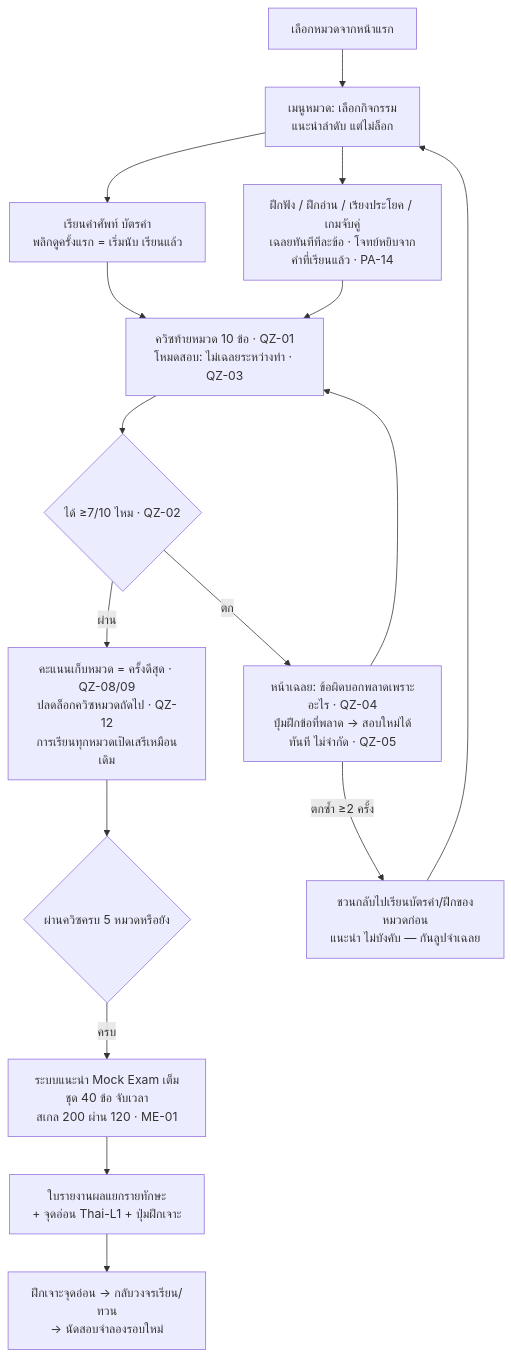
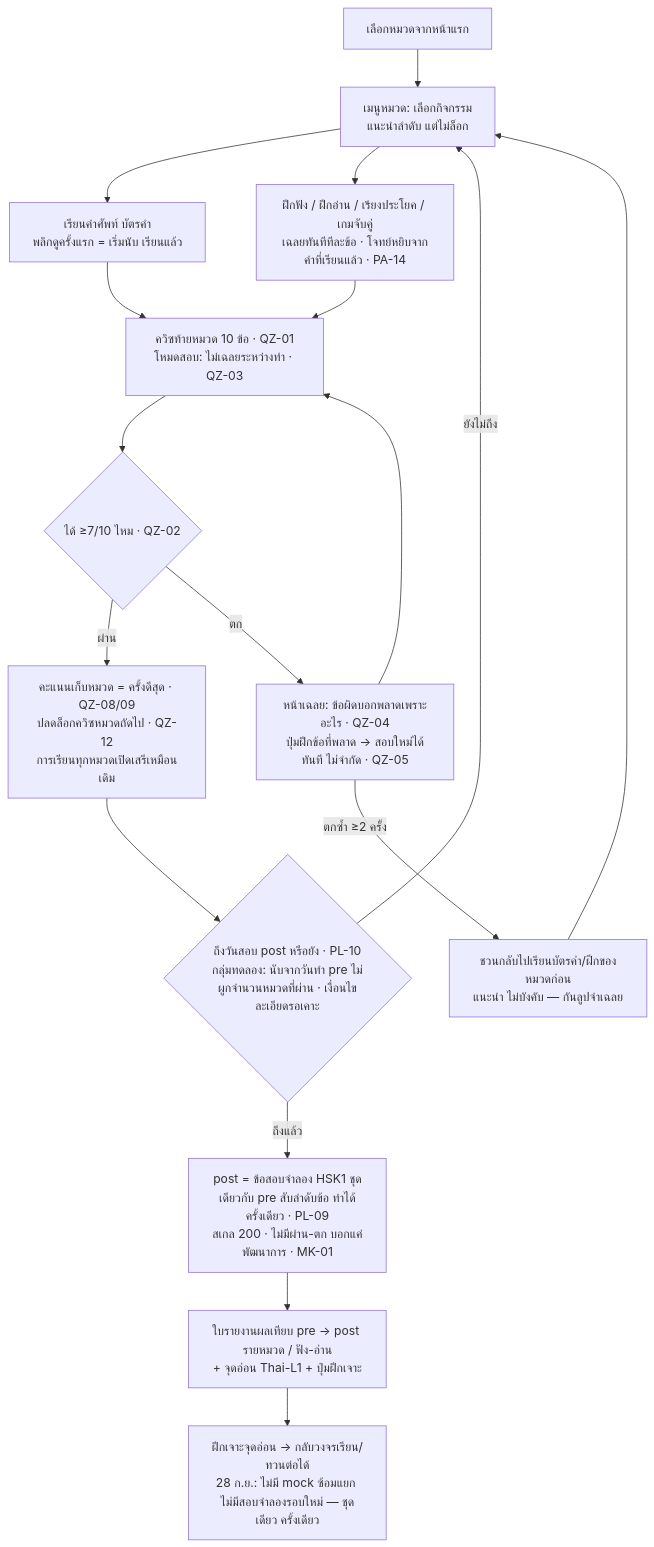
Before and after one commit to barbon441/Intelligent-Chinese-Tutoring-System-for-Thai-Learners: the third of 6 diagrams in docs/08_สเปค-พัฒนา/โฟลว์ผู้ใช้-สิทธิ์แอดมิน.md, drawn with Mermaid. The commit also changed 1 other file, not shown here.

Commit message:
บันทึก 28 ก.ย.: บอลซ้อมเดิน ER ครบ 6 ขั้น (กฎตารางกลาง · แบ่งงาน AI ตาม BK-08 · ถอนคอลัมน์ cache 3 ตัว · แก้คำอธิบายควิซ/items↔words) + รายการการบ้านอาจารย์ที่ยังค้าง 6 ข้อ (paper จาก template · 3 ประเด็นภาษาศาสตร์ · ผู้ทดสอบ · พูด · PL-10 · mastery) · โฟลว์ §3.3 ตัด mock รอบใหม่ → post ครั้งเดียว

````diff
--- a/docs/08_สเปค-พัฒนา/โฟลว์ผู้ใช้-สิทธิ์แอดมิน.md
+++ b/docs/08_สเปค-พัฒนา/โฟลว์ผู้ใช้-สิทธิ์แอดมิน.md
@@ -97,18 +97,19 @@
 ```mermaid
 flowchart TD
     A[เลือกหมวดจากหน้าแรก] --> B[เมนูหมวด: เลือกกิจกรรม<br/>แนะนำลำดับ แต่ไม่ล็อก]
     B --> C[เรียนคำศัพท์ บัตรคำ<br/>พลิกดูครั้งแรก = เริ่มนับ เรียนแล้ว]
     B --> D[ฝึกฟัง / ฝึกอ่าน / เรียงประโยค / เกมจับคู่<br/>เฉลยทันทีทีละข้อ · โจทย์หยิบจากคำที่เรียนแล้ว · PA-14]
     C --> E[ควิซท้ายหมวด 10 ข้อ · QZ-01<br/>โหมดสอบ: ไม่เฉลยระหว่างทำ · QZ-03]
     D --> E
     E --> F{ได้ ≥7/10 ไหม · QZ-02}
     F -- ผ่าน --> G[คะแนนเก็บหมวด = ครั้งดีสุด · QZ-08/09<br/>ปลดล็อกควิซหมวดถัดไป · QZ-12<br/>การเรียนทุกหมวดเปิดเสรีเหมือนเดิม]
     F -- ตก --> H[หน้าเฉลย: ข้อผิดบอกพลาดเพราะอะไร · QZ-04<br/>ปุ่มฝึกข้อที่พลาด → สอบใหม่ได้ทันที ไม่จำกัด · QZ-05]
     H -- ตกซ้ำ ≥2 ครั้ง --> H2[ชวนกลับไปเรียนบัตรคำ/ฝึกของหมวดก่อน<br/>แนะนำ ไม่บังคับ — กันลูปจำเฉลย]
     H --> E
     H2 --> B
-    G --> I{ผ่านควิซครบ 5 หมวดหรือยัง}
-    I -- ครบ --> J[ระบบแนะนำ Mock Exam เต็มชุด 40 ข้อ จับเวลา<br/>สเกล 200 ผ่าน 120 · ME-01]
-    J --> K[ใบรายงานผลแยกรายทักษะ<br/>+ จุดอ่อน Thai-L1 + ปุ่มฝึกเจาะ]
-    K --> L[ฝึกเจาะจุดอ่อน → กลับวงจรเรียน/ทวน<br/>→ นัดสอบจำลองรอบใหม่]
+    G --> I{ถึงวันสอบ post หรือยัง · PL-10<br/>กลุ่มทดลอง: นับจากวันทำ pre ไม่ผูกจำนวนหมวดที่ผ่าน · เงื่อนไขละเอียดรอเคาะ}
+    I -- ยังไม่ถึง --> B
+    I -- ถึงแล้ว --> J[post = ข้อสอบจำลอง HSK1 ชุดเดียวกับ pre สับลำดับข้อ ทำได้ครั้งเดียว · PL-09<br/>สเกล 200 · ไม่มีผ่าน-ตก บอกแค่พัฒนาการ · MK-01]
+    J --> K[ใบรายงานผลเทียบ pre → post รายหมวด / ฟัง-อ่าน<br/>+ จุดอ่อน Thai-L1 + ปุ่มฝึกเจาะ]
+    K --> L[ฝึกเจาะจุดอ่อน → กลับวงจรเรียน/ทวนต่อได้<br/>28 ก.ย.: ไม่มี mock ซ้อมแยก ไม่มีสอบจำลองรอบใหม่ — ชุดเดียว ครั้งเดียว]
 ```
````
